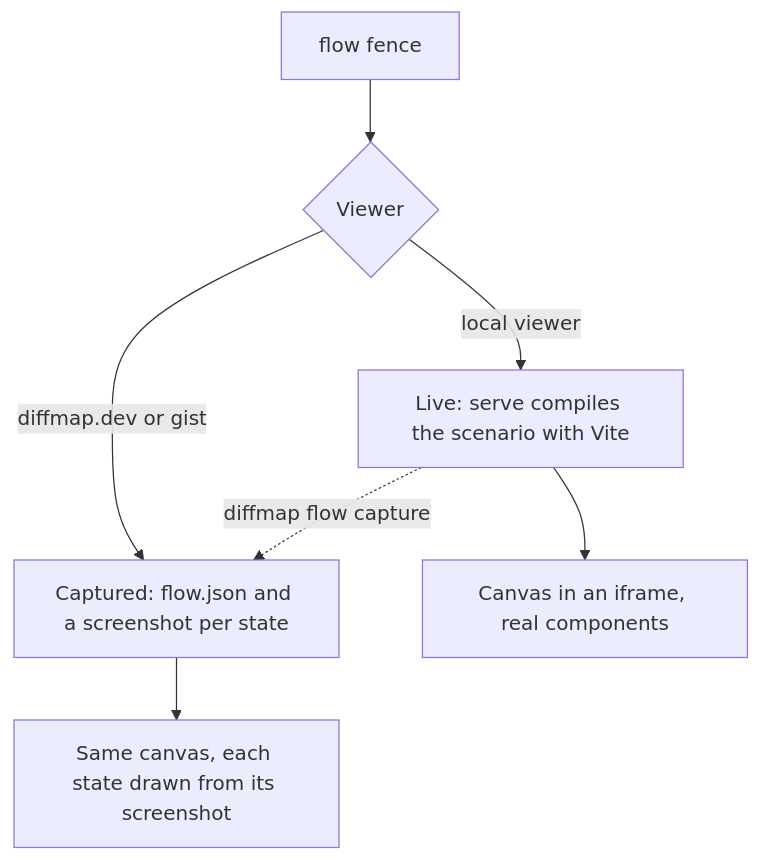
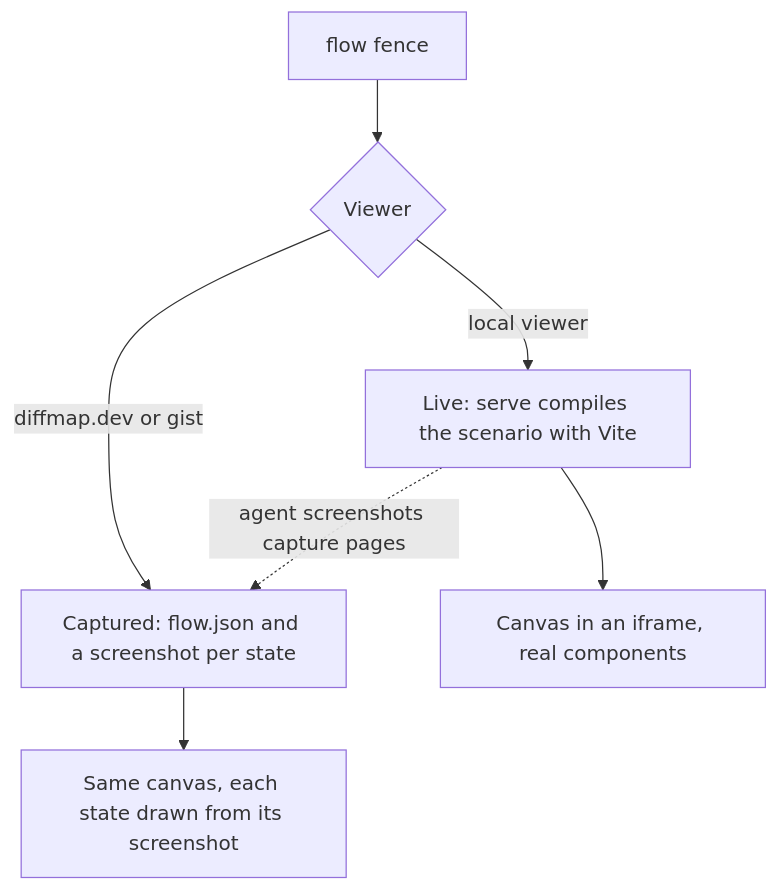
One commit to tanishqkancharla/diffmap changed the diagram in specs/flow-preview.md. Above: the diagram before and after it, drawn with Mermaid. The commit also changed other lines of this file, not shown here.

Commit message:
Capture flows with the agent's browser instead of a bundled one

````diff
--- a/specs/flow-preview.md
+++ b/specs/flow-preview.md
@@ -76,12 +76,12 @@
 ```mermaid [Where a flow widget's states come from]
 flowchart TD
     F[flow fence] --> M{Viewer}
     M -->|local viewer| L[Live: serve compiles the scenario with Vite]
     M -->|diffmap.dev or gist| C[Captured: flow.json and a screenshot per state]
     L --> I[Canvas in an iframe, real components]
     C --> V[Same canvas, each state drawn from its screenshot]
-    L -.->|diffmap flow capture| C
+    L -.->|agent screenshots capture pages| C
     %% ref node:F [[src/parseFence.ts#parseFence]]
     %% ref node:M [[src/viewer/viewerMode.ts#useViewerMode]]
     %% ref node:C [[src/viewer/Media.tsx#MediaResolverContext]]
 ```
````
